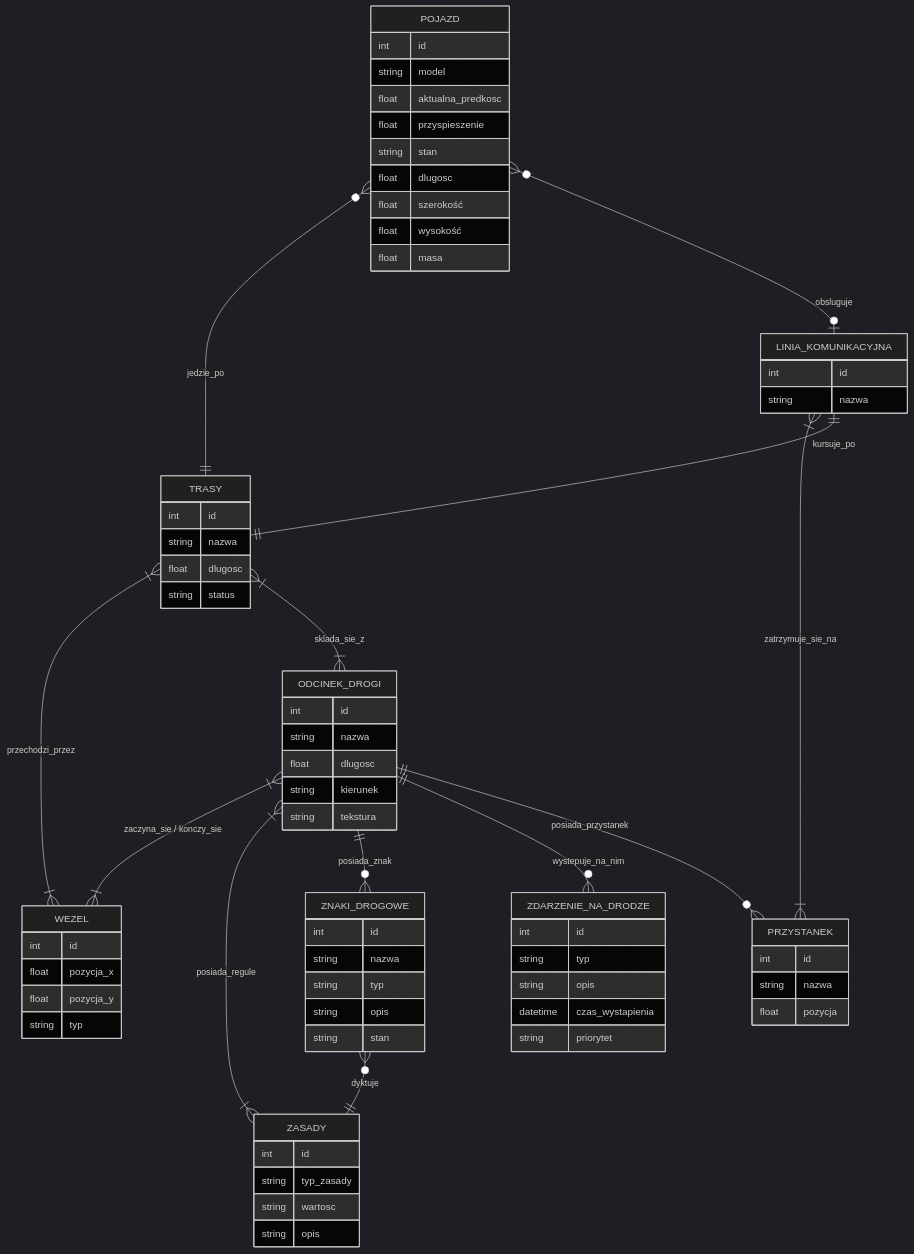
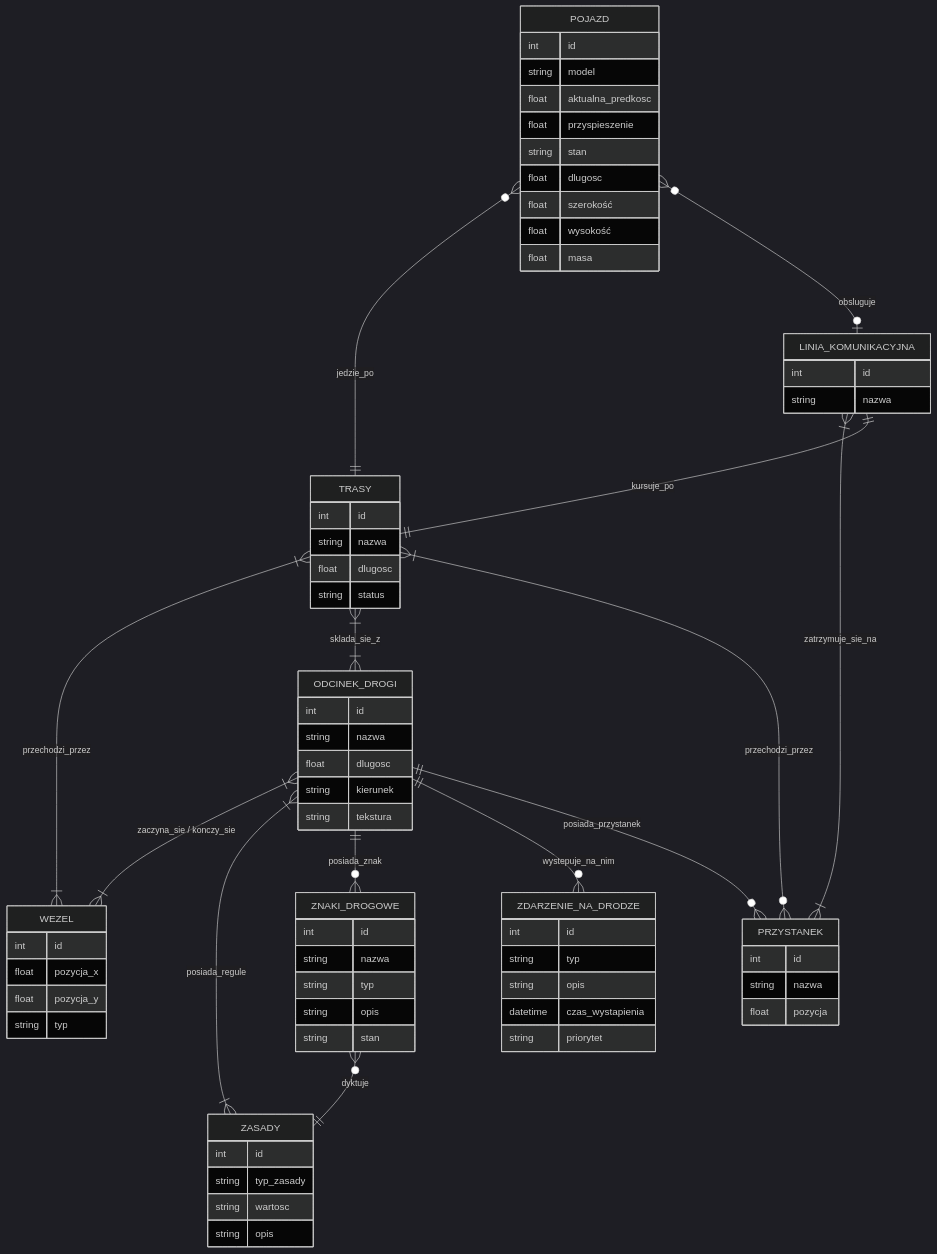
Before and after one commit to Vomiroy/Symulator-ruchu-drogowego: the diagram in docs/domain-model.md, drawn with Mermaid (dark theme). The commit also changed other lines of this file, not shown here.

```diff
--- a/docs/domain-model.md
+++ b/docs/domain-model.md
@@ -108,6 +109,7 @@
     %% Relacje Tras i Ścieżek
     TRASY }|--|{ WEZEL : "przechodzi_przez"
     TRASY }|--|{ ODCINEK_DROGI : "sklada_sie_z"
+    TRASY }|--o{ PRZYSTANEK : "przechodzi_przez"
 
     %% Relacje Pojazdów
     POJAZD }o--|| TRASY : "jedzie_po"
```
